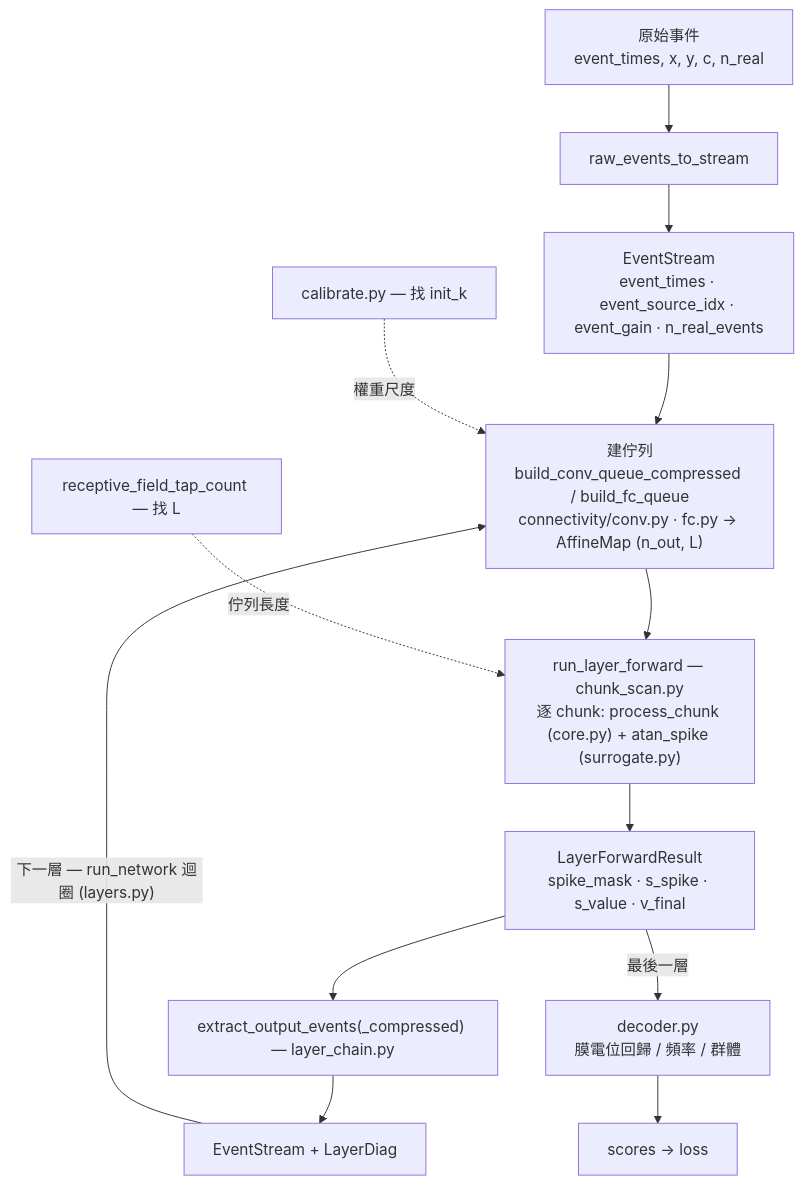
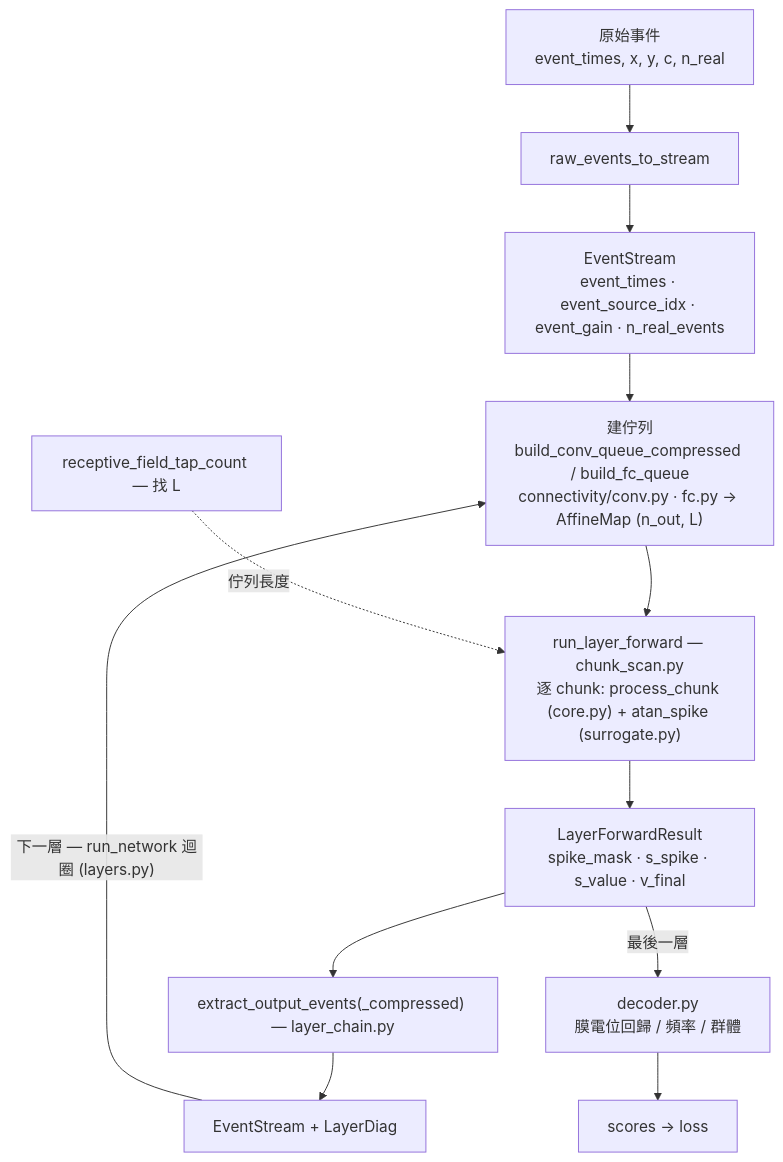
The first of 2 diagrams in docs/架構.md (Salt-Shio/Spiking-Affine-Lazy-Training), drawn with Mermaid before and after one commit. The commit also changed other lines of this file and 16 other files, not shown here.

````diff
--- a/docs/架構.md
+++ b/docs/架構.md
@@ -14,15 +14,14 @@
 ```mermaid
 flowchart TD
     RAW["原始事件<br/>event_times, x, y, c, n_real"] --> R2S["raw_events_to_stream"]
     R2S --> ES["EventStream<br/>event_times · event_source_idx · event_gain · n_real_events"]
     ES --> BQ["建佇列<br/>build_conv_queue_compressed / build_fc_queue<br/>connectivity/conv.py · fc.py → AffineMap (n_out, L)"]
     BQ --> RLF["run_layer_forward — chunk_scan.py<br/>逐 chunk: process_chunk (core.py) + atan_spike (surrogate.py)"]
     RLF --> LFR["LayerForwardResult<br/>spike_mask · s_spike · s_value · v_final"]
     LFR --> EXO["extract_output_events(_compressed) — layer_chain.py"]
     EXO --> ESN["EventStream + LayerDiag"]
     ESN -->|"下一層 — run_network 迴圈 (layers.py)"| BQ
     LFR -->|"最後一層"| DEC["decoder.py<br/>膜電位回歸 / 頻率 / 群體"]
     DEC --> SC["scores → loss"]
-    CAL["calibrate.py — 找 init_k"] -. 權重尺度 .-> BQ
     RFT["receptive_field_tap_count — 找 L"] -. 佇列長度 .-> RLF
 ```
````
